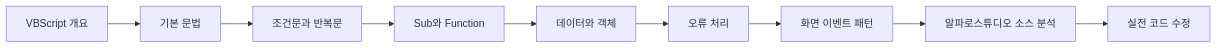
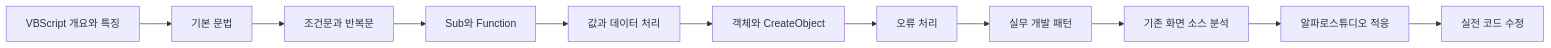
Before and after one commit to Team-Microserver/vbscript-doc: the first of 2 diagrams in docs/vbscript_core_summary/00_getting_started/learning_guide.md, drawn with Mermaid. The commit also changed other lines of this file and 2 other files, not shown here.

````diff
--- a/docs/vbscript_core_summary/00_getting_started/learning_guide.md
+++ b/docs/vbscript_core_summary/00_getting_started/learning_guide.md
@@ -30,11 +107,13 @@
 ```mermaid
 flowchart LR
-    A[VBScript 개요] --> B[기본 문법]
+    A[VBScript 개요와 특징] --> B[기본 문법]
     B --> C[조건문과 반복문]
     C --> D[Sub와 Function]
-    D --> E[데이터와 객체]
-    E --> F[오류 처리]
-    F --> G[화면 이벤트 패턴]
-    G --> H[알파로스튜디오 소스 분석]
-    H --> I[실전 코드 수정]
+    D --> E[값과 데이터 처리]
+    E --> F[객체와 CreateObject]
+    F --> G[오류 처리]
+    G --> H[실무 개발 패턴]
+    H --> I[기존 화면 소스 분석]
+    I --> J[알파로스튜디오 적응]
+    J --> K[실전 코드 수정]
 ```
````
